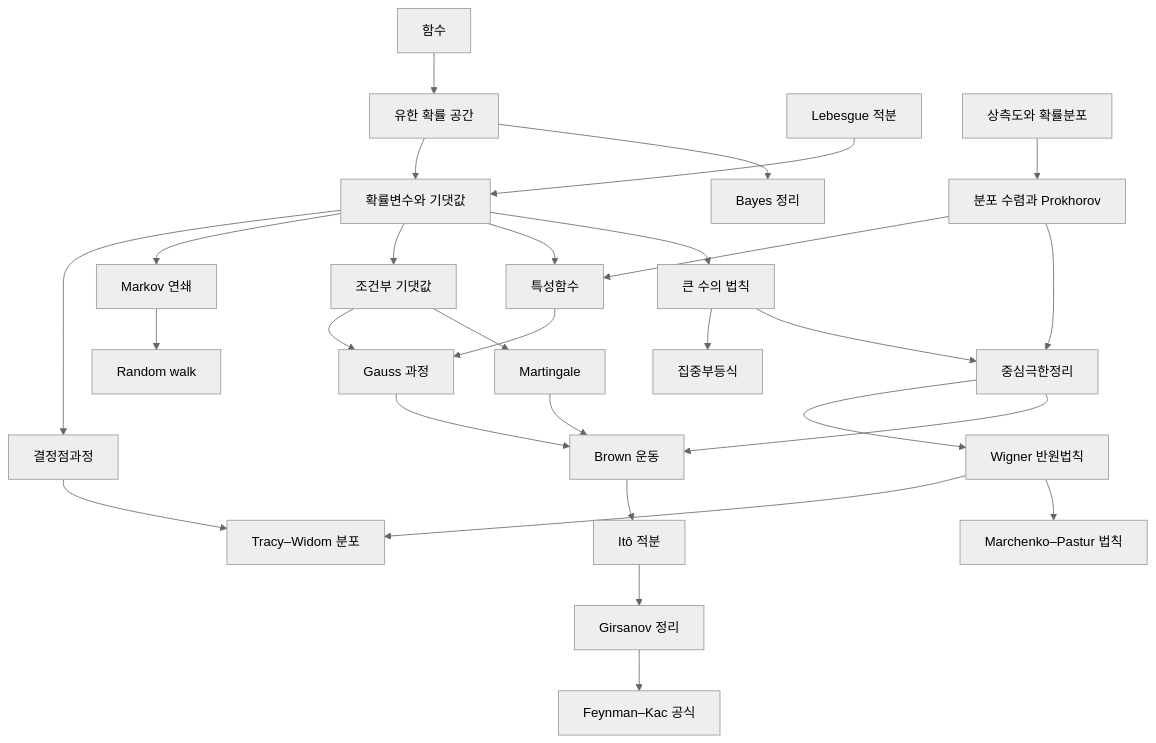
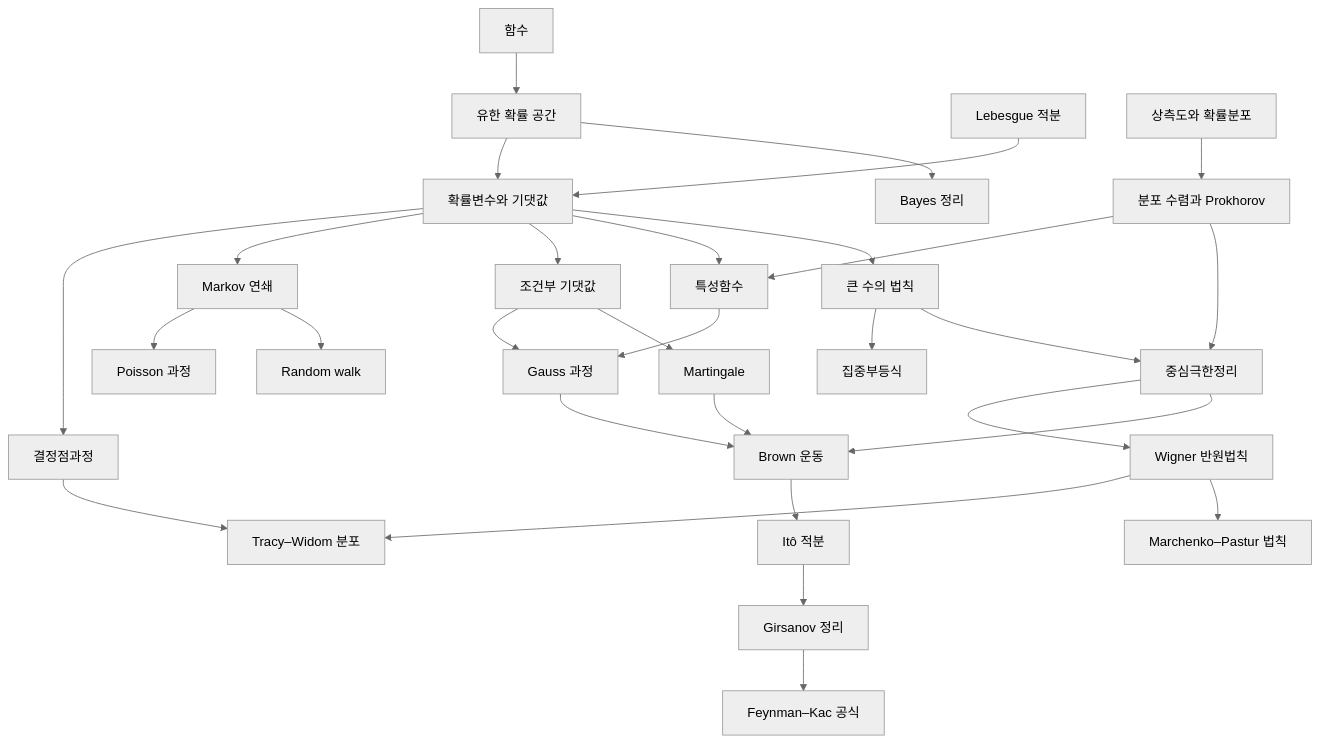
One commit to Phryxia/math-map changed the diagram in docs/probability-overview.md. Above: the diagram before and after it, drawn with Mermaid (neutral theme). The commit also changed other lines of this file and 3 other files, not shown here.

````diff
--- a/docs/probability-overview.md
+++ b/docs/probability-overview.md
@@ -13,31 +13,32 @@
 ```mermaid
 graph TD
   FN["함수"] --> PR["유한 확률 공간"]
   PR --> BY["Bayes 정리"]
   PR --> RV["확률변수와 기댓값"]
   LI["Lebesgue 적분"] --> RV
   PM["상측도와 확률분포"] --> WC["분포 수렴과 Prokhorov"]
   RV --> LLN["큰 수의 법칙"]
   LLN --> CLT["중심극한정리"]
   WC --> CLT
   WC --> CF["특성함수"]
   RV --> CF
   LLN --> CI["집중부등식"]
   RV --> CE["조건부 기댓값"]
   CE --> MG["Martingale"]
   RV --> MC["Markov 연쇄"]
   MC --> RW["Random walk"]
+  MC --> PP["Poisson 과정"]
   MG --> BM["Brown 운동"]
   CLT --> BM
   BM --> IT["Itô 적분"]
   IT --> GS["Girsanov 정리"]
   GS --> FK["Feynman–Kac 공식"]
   CLT --> WS["Wigner 반원법칙"]
   WS --> MP["Marchenko–Pastur 법칙"]
   WS --> TW["Tracy–Widom 분포"]
   RV --> DPP["결정점과정"]
   DPP --> TW
   CF --> GP["Gauss 과정"]
   CE --> GP
   GP --> BM
 ```
````
